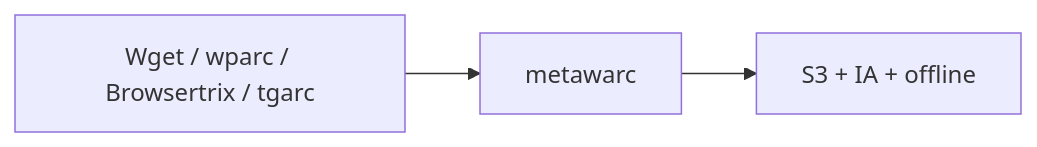
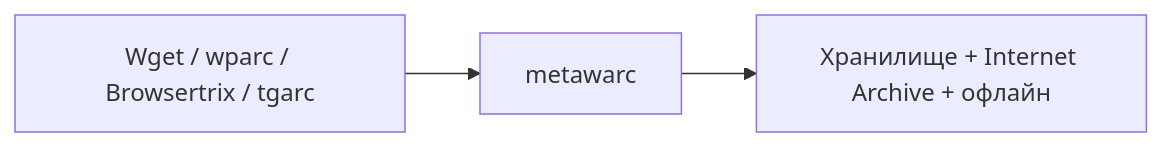
The seventh of 7 diagrams in kb/instruments/landscape-2026.md (ruarxive/ruarxive.github.io), drawn with Mermaid before and after one commit. The commit also changed other lines of this file and 200 other files, not shown here.

````diff
--- a/kb/instruments/landscape-2026.md
+++ b/kb/instruments/landscape-2026.md
@@ -291,4 +301,4 @@
 ```mermaid
 flowchart LR
-    A["Wget / wparc / Browsertrix / tgarc"] --> B["metawarc"] --> C["S3 + IA + offline"]
+    A["Wget / wparc / Browsertrix / tgarc"] --> B["metawarc"] --> C["Хранилище + Internet Archive + офлайн"]
 ```
````
